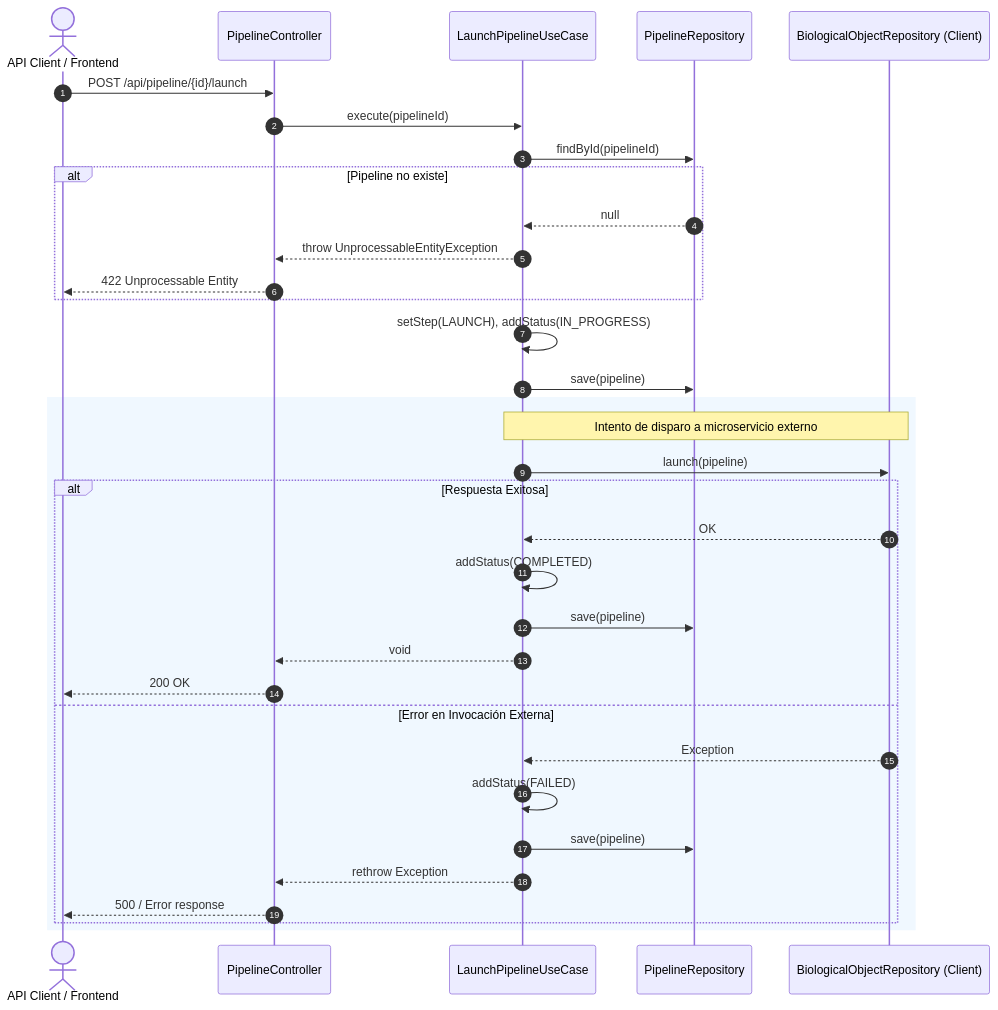
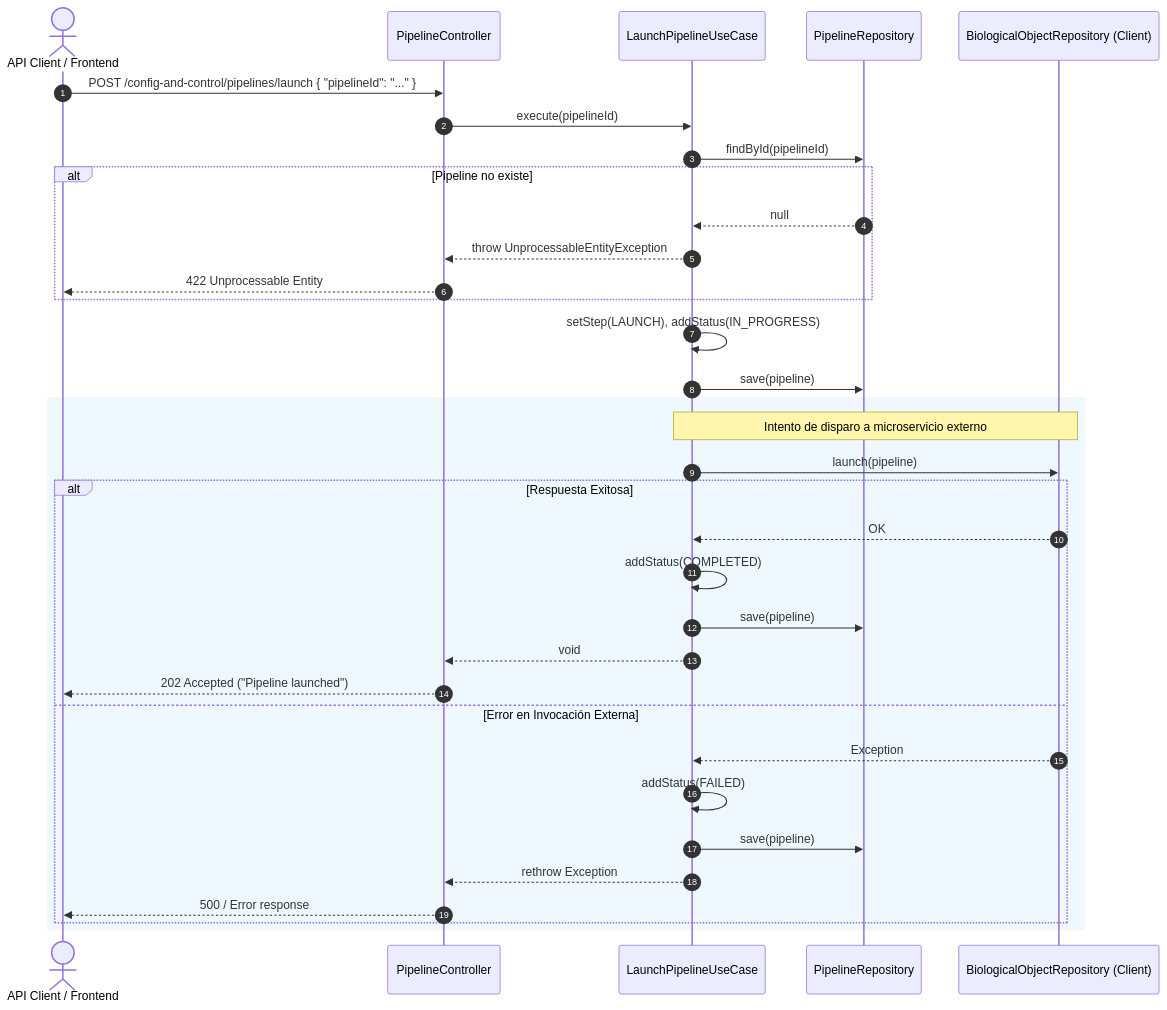
The diagram in .agents/use_cases/LaunchPipelineUseCase.md (Biopatternsg-ms/config-and-control), drawn with Mermaid before and after one commit. The commit also changed other lines of this file and 11 other files, not shown here.

Commit message:
feat: synchronize use case documentation and architecture index for compliance

````diff
--- a/.agents/use_cases/LaunchPipelineUseCase.md
+++ b/.agents/use_cases/LaunchPipelineUseCase.md
@@ -29,38 +29,38 @@
 ```mermaid
 sequenceDiagram
     autonumber
     actor Cliente as API Client / Frontend
     participant Controller as PipelineController
     participant UseCase as LaunchPipelineUseCase
     participant PipeRepo as PipelineRepository
     participant BioRepo as BiologicalObjectRepository (Client)
 
-    Cliente->>Controller: POST /api/pipeline/{id}/launch
+    Cliente->>Controller: POST /config-and-control/pipelines/launch { "pipelineId": "..." }
     Controller->>UseCase: execute(pipelineId)
     UseCase->>PipeRepo: findById(pipelineId)
     alt Pipeline no existe
         PipeRepo-->>UseCase: null
         UseCase-->>Controller: throw UnprocessableEntityException
         Controller-->>Cliente: 422 Unprocessable Entity
     end
     UseCase->>UseCase: setStep(LAUNCH), addStatus(IN_PROGRESS)
     UseCase->>PipeRepo: save(pipeline)
     
     rect rgb(240, 248, 255)
     Note over UseCase, BioRepo: Intento de disparo a microservicio externo
     UseCase->>BioRepo: launch(pipeline)
     alt Respuesta Exitosa
         BioRepo-->>UseCase: OK
         UseCase->>UseCase: addStatus(COMPLETED)
         UseCase->>PipeRepo: save(pipeline)
         UseCase-->>Controller: void
-        Controller-->>Cliente: 200 OK
+        Controller-->>Cliente: 202 Accepted ("Pipeline launched")
     else Error en Invocación Externa
         BioRepo-->>UseCase: Exception
         UseCase->>UseCase: addStatus(FAILED)
         UseCase->>PipeRepo: save(pipeline)
         UseCase-->>Controller: rethrow Exception
         Controller-->>Cliente: 500 / Error response
     end
     end
 ```
````
